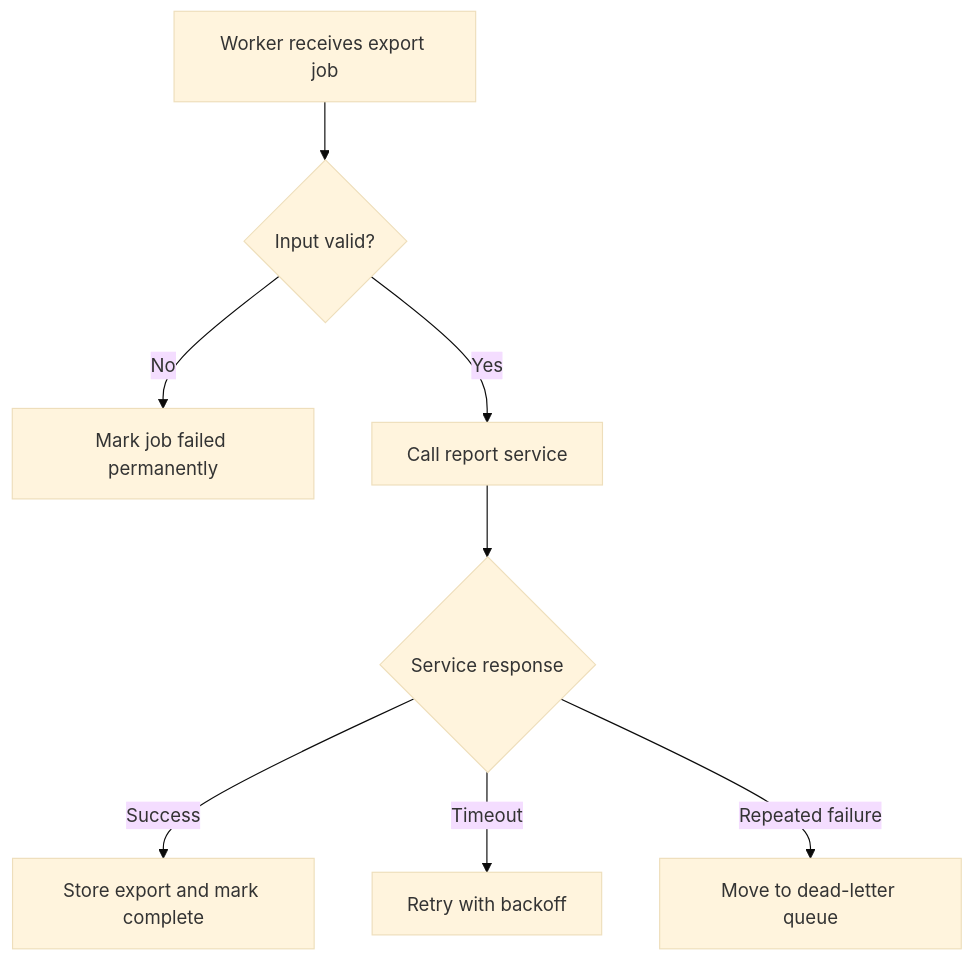
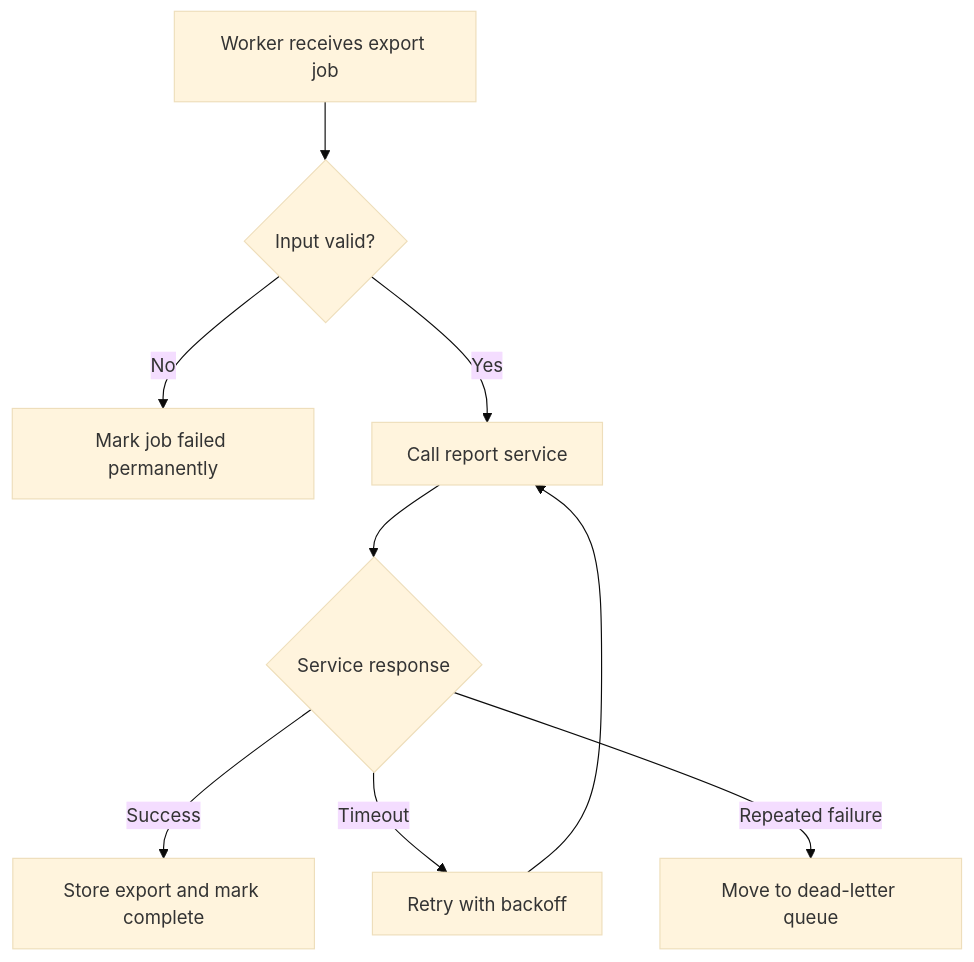
Before and after one commit to LeonSilva15/system-design: the third of 4 diagrams in docs/visuals/mermaid-examples.md, drawn with Mermaid (base theme). The commit also changed other lines of this file, not shown here.

Commit message:
docs(visuals): SDC-E13-T03 refine Mermaid examples

````diff
--- a/docs/visuals/mermaid-examples.md
+++ b/docs/visuals/mermaid-examples.md
@@ -82,10 +88,11 @@
 ```mermaid
 flowchart TD
     Job[Worker receives export job] --> Validate{Input valid?}
     Validate -->|No| Reject[Mark job failed permanently]
     Validate -->|Yes| Call[Call report service]
     Call --> Result{Service response}
     Result -->|Success| Complete[Store export and mark complete]
     Result -->|Timeout| Retry[Retry with backoff]
+    Retry --> Call
     Result -->|Repeated failure| DeadLetterQueue[Move to dead-letter queue]
 ```
````
